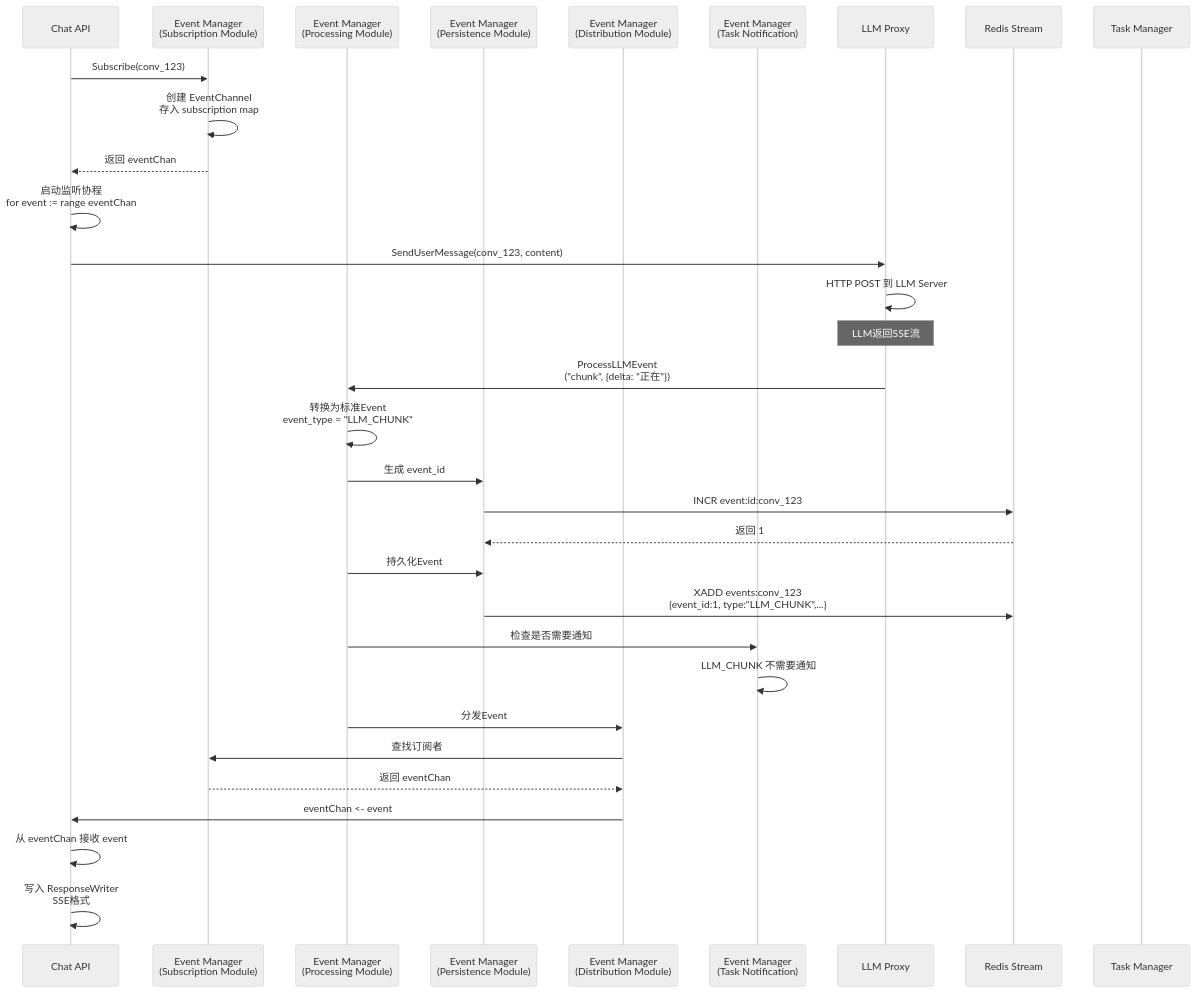
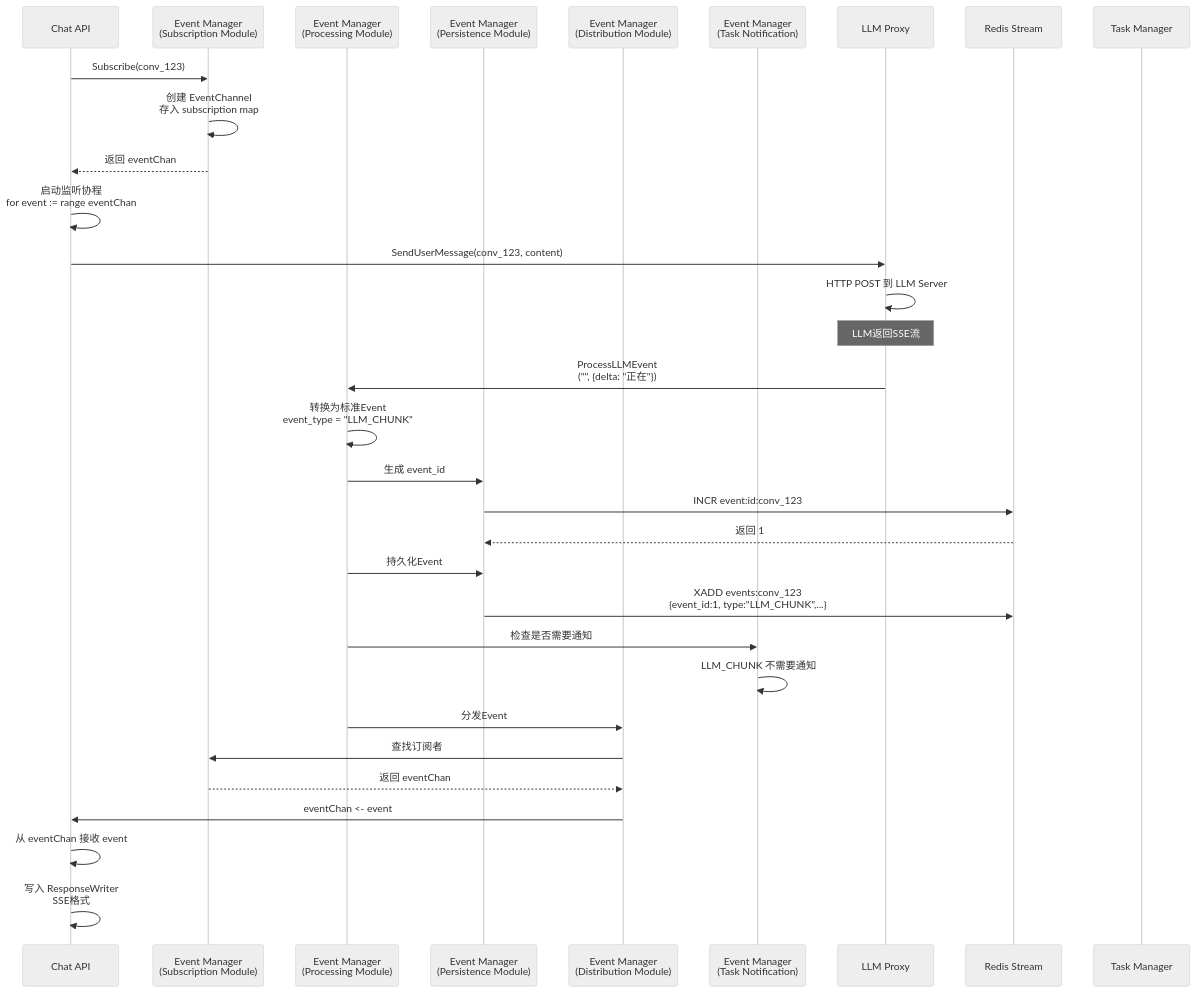
One commit to yingjianzh/iodraw-files changed the diagram in all/未命名-10.md. Above: the diagram before and after it, drawn with Mermaid (neutral theme).

Commit message:
2025-12-22 17:27:56 update

````diff
--- a/all/未命名-10.md
+++ b/all/未命名-10.md
@@ -1,44 +1,44 @@
 ```mermaid
 sequenceDiagram
     participant ChatAPI as Chat API
     participant EventMgr as Event Manager<br/>(Subscription Module)
     participant EventProc as Event Manager<br/>(Processing Module)
     participant Persist as Event Manager<br/>(Persistence Module)
     participant Distrib as Event Manager<br/>(Distribution Module)
     participant TaskNotif as Event Manager<br/>(Task Notification)
     participant LLMProxy as LLM Proxy
     participant Redis as Redis Stream
     participant TaskMgr as Task Manager
 
     ChatAPI->>EventMgr: Subscribe(conv_123)
     EventMgr->>EventMgr: 创建 EventChannel<br/>存入 subscription map
     EventMgr-->>ChatAPI: 返回 eventChan
 
     ChatAPI->>ChatAPI: 启动监听协程<br/>for event := range eventChan
     
     ChatAPI->>LLMProxy: SendUserMessage(conv_123, content)
     LLMProxy->>LLMProxy: HTTP POST 到 LLM Server
 
     Note over LLMProxy: LLM返回SSE流
 
-    LLMProxy->>EventProc: ProcessLLMEvent<br/>("chunk", {delta: "正在"})
+    LLMProxy->>EventProc: ProcessLLMEvent<br/>("", {delta: "正在"})
     
     EventProc->>EventProc: 转换为标准Event<br/>event_type = "LLM_CHUNK"
     EventProc->>Persist: 生成 event_id
     Persist->>Redis: INCR event:id:conv_123
     Redis-->>Persist: 返回 1
     
     EventProc->>Persist: 持久化Event
     Persist->>Redis: XADD events:conv_123<br/>{event_id:1, type:"LLM_CHUNK",...}
     
     EventProc->>TaskNotif: 检查是否需要通知
     TaskNotif->>TaskNotif: LLM_CHUNK 不需要通知
     
     EventProc->>Distrib: 分发Event
     Distrib->>EventMgr: 查找订阅者
     EventMgr-->>Distrib: 返回 eventChan
     Distrib->>ChatAPI: eventChan <- event
     
     ChatAPI->>ChatAPI: 从 eventChan 接收 event
     ChatAPI->>ChatAPI: 写入 ResponseWriter<br/>SSE格式
 ```
````
